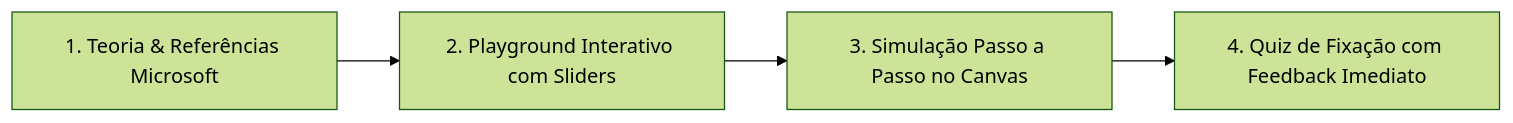
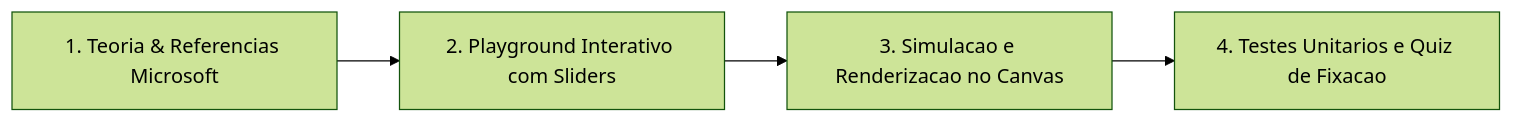
The first of 2 diagrams in docs/src/content/docs/iniciantes/modo-interativo-e-playground.md (Gabriel-Freitas-S/CGPDI.StudyLab), drawn with Mermaid (forest theme) before and after one commit. The commit also changed other lines of this file and 5 other files, not shown here.

````diff
--- a/docs/src/content/docs/iniciantes/modo-interativo-e-playground.md
+++ b/docs/src/content/docs/iniciantes/modo-interativo-e-playground.md
@@ -14,7 +14,6 @@
 ```mermaid
 graph LR
-    A["1. Teoria & Referências Microsoft"] --> B["2. Playground Interativo com Sliders"]
-    B --> C["3. Simulação Passo a Passo no Canvas"]
-    D["4. Quiz de Fixação com Feedback Imediato"]
-    C --> D
+    A["1. Teoria & Referencias Microsoft"] --> B["2. Playground Interativo com Sliders"]
+    B --> C["3. Simulacao e Renderizacao no Canvas"]
+    C --> D["4. Testes Unitarios e Quiz de Fixacao"]
 ```
````
